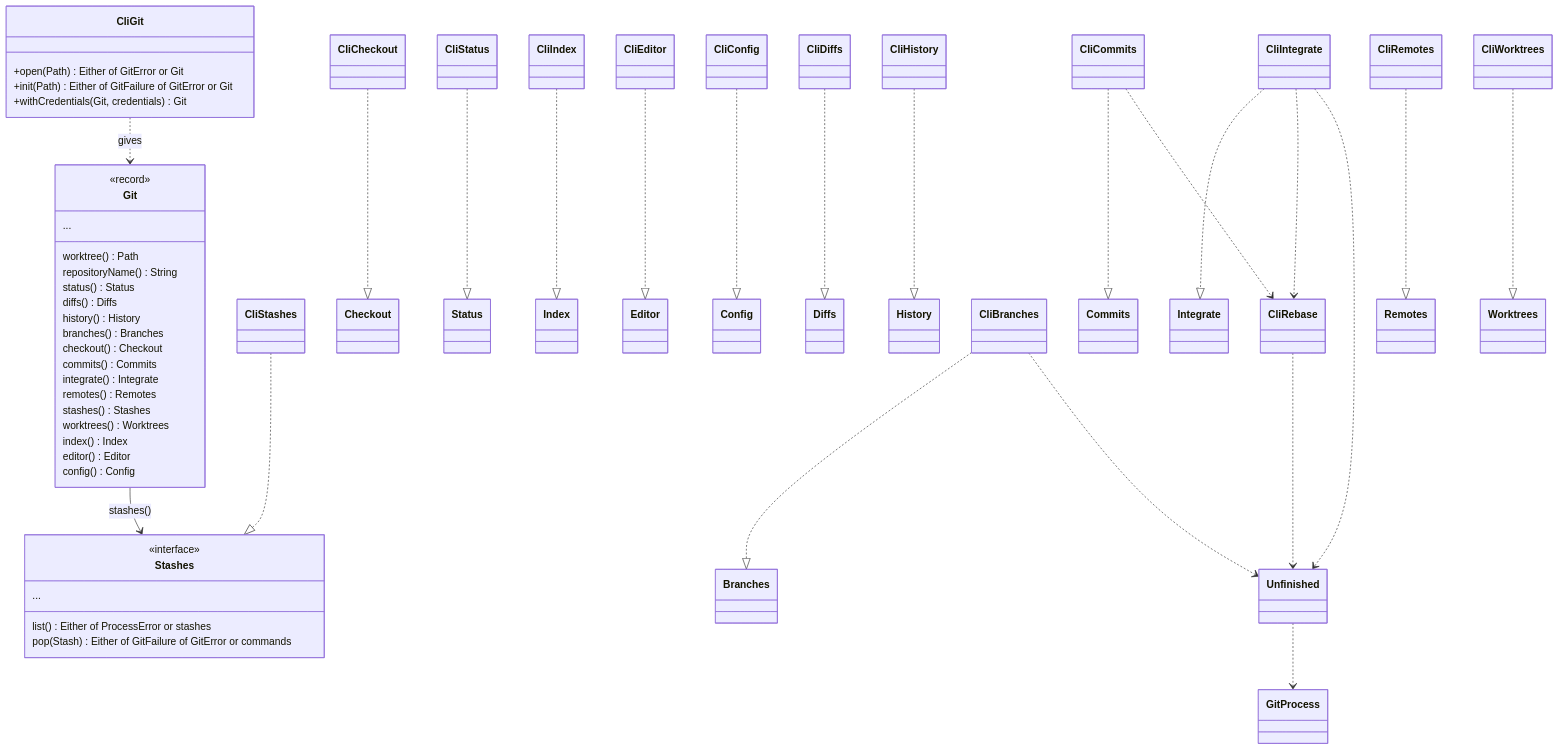
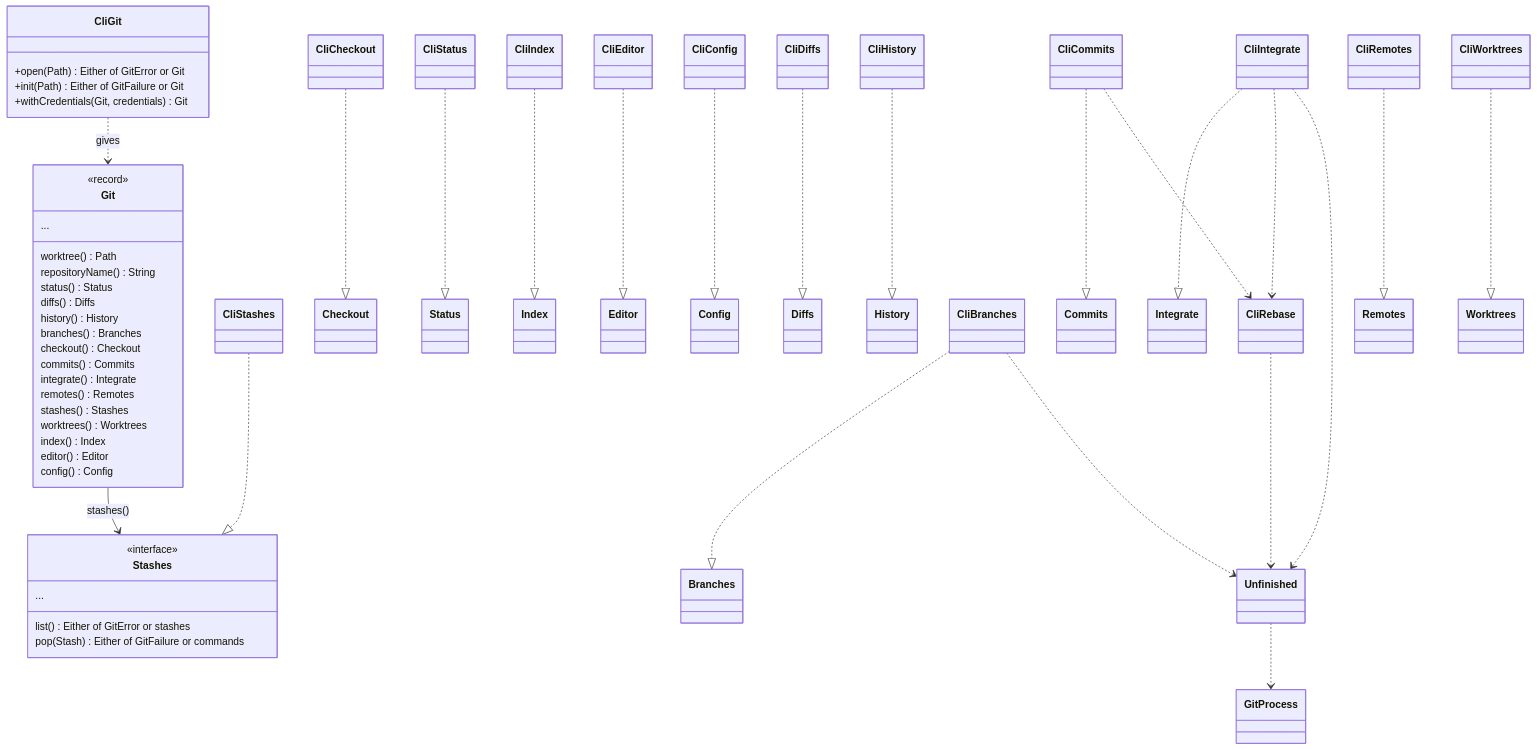
The fourth of 7 diagrams in ARCHITECTURE.md (cvanfleteren/jazygit), drawn with Mermaid before and after one commit. The commit also changed other lines of this file and 113 other files, not shown here.

First line of the commit message:
One git error type: GitFailure is not generic, ProcessError is a GitError (ADR 75, #294, 1a)

````diff
--- a/ARCHITECTURE.md
+++ b/ARCHITECTURE.md
@@ -832,54 +832,54 @@
 ```mermaid
 classDiagram
     class Git {
         <<record>>
         worktree() Path
         repositoryName() String
         status() Status
         diffs() Diffs
         history() History
         branches() Branches
         checkout() Checkout
         commits() Commits
         integrate() Integrate
         remotes() Remotes
         stashes() Stashes
         worktrees() Worktrees
         index() Index
         editor() Editor
         config() Config
         ...
     }
     class CliGit {
         +open(Path) Either of GitError or Git
-        +init(Path) Either of GitFailure of GitError or Git
+        +init(Path) Either of GitFailure or Git
         +withCredentials(Git, credentials) Git
     }
     class Stashes {
         <<interface>>
-        list() Either of ProcessError or stashes
-        pop(Stash) Either of GitFailure of GitError or commands
+        list() Either of GitError or stashes
+        pop(Stash) Either of GitFailure or commands
         ...
     }
     CliGit ..> Git : gives
     Git --> Stashes : stashes()
     CliStashes ..|> Stashes
     CliCheckout ..|> Checkout
     CliStatus ..|> Status
     CliIndex ..|> Index
     CliEditor ..|> Editor
     CliConfig ..|> Config
     CliDiffs ..|> Diffs
     CliHistory ..|> History
     CliBranches ..|> Branches
     CliCommits ..|> Commits
     CliIntegrate ..|> Integrate
     CliRemotes ..|> Remotes
     CliIntegrate ..> CliRebase
     CliCommits ..> CliRebase
     CliWorktrees ..|> Worktrees
     CliRebase ..> Unfinished
     CliIntegrate ..> Unfinished
     CliBranches ..> Unfinished
     Unfinished ..> GitProcess
 ```
````
